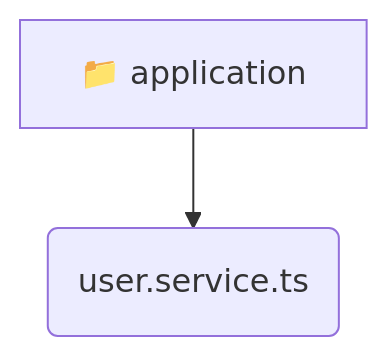
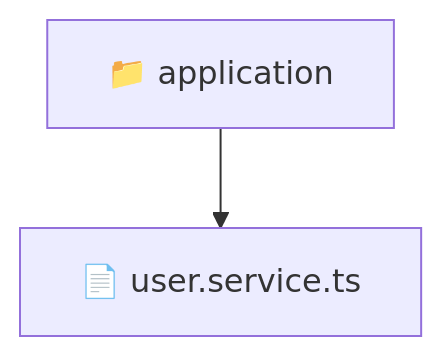
Before and after one commit to beginwebdev2002/fullstack-mavluda: the diagram in backend/src/modules/user/application/README.md, drawn with Mermaid. The commit also changed other lines of this file and 163 other files, not shown here.

````diff
--- a/backend/src/modules/user/application/README.md
+++ b/backend/src/modules/user/application/README.md
@@ -9,5 +10,5 @@
 ```mermaid
 graph TD
-  application[📁 application]
-  application --> application_user_service_ts(user.service.ts)
+  Root["📁 application"]
+  Root --> userservicets["📄 user.service.ts"]
 ```
````
